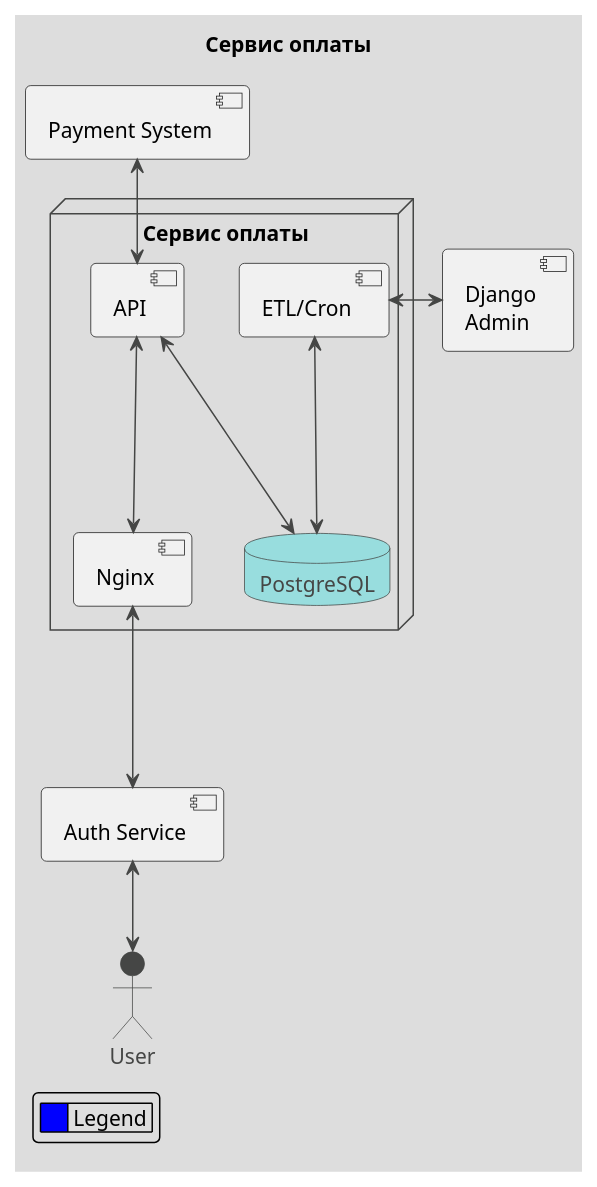
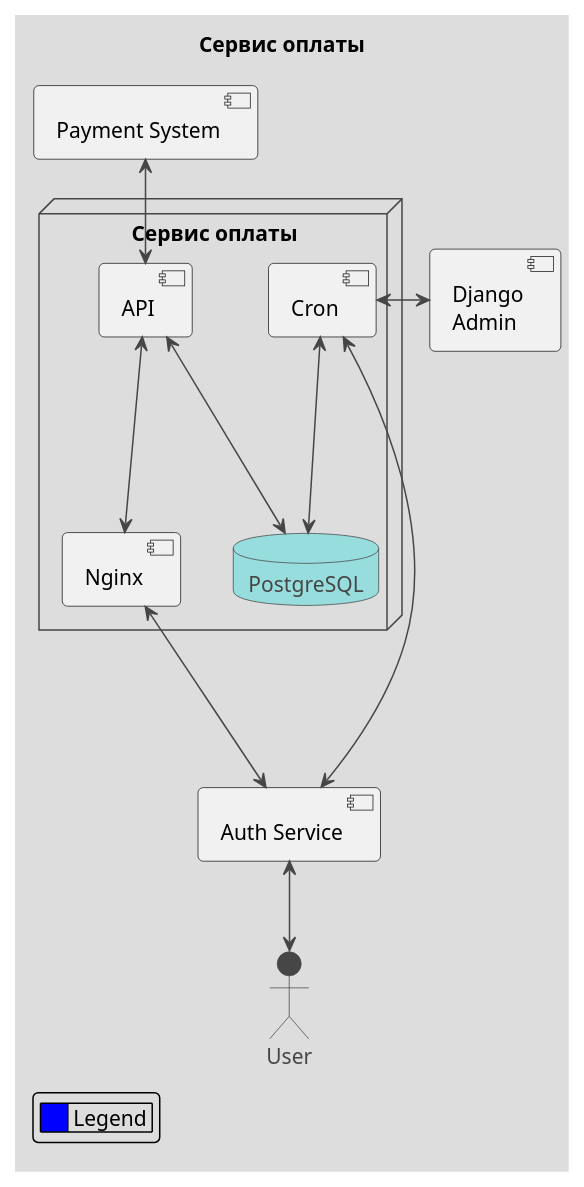
Before and after one commit to Natrezzim/billing_graduate_work: the diagram in diagram/TO_BE.puml, drawn with PlantUML.

Commit message:
change diagram

```diff
--- a/diagram/TO_BE.puml
+++ b/diagram/TO_BE.puml
@@ -1,34 +1,35 @@
 @startuml
 !theme toy
 skinparam componentStyle uml2
 
 title "Сервис оплаты"
 
 actor "User" as user
 component "Payment System" as paysys
 component "Django\nAdmin" as billing_django
 component "Auth Service" as auth
 
 node "Сервис оплаты" as billing_service{
 
 database "PostgreSQL" as billing_postgres
 component "API" as billing_api
 
 component "Nginx" as billing_nginx
-component "ETL/Cron" as billing_etl
-billing_etl <---> billing_postgres
+component "Cron" as billing_cron
+billing_cron <---> billing_postgres
+billing_cron <---> auth
 billing_api <---> billing_nginx
 billing_api <-up-> paysys
 
 }
 
 billing_nginx <---> auth
 billing_api <---> billing_postgres
-billing_etl <-right-> billing_django
+billing_cron <-right-> billing_django
 auth <--> user
 
 legend left
     |<#0000FF>     | Legend |
 end legend
 
 @enduml
```
